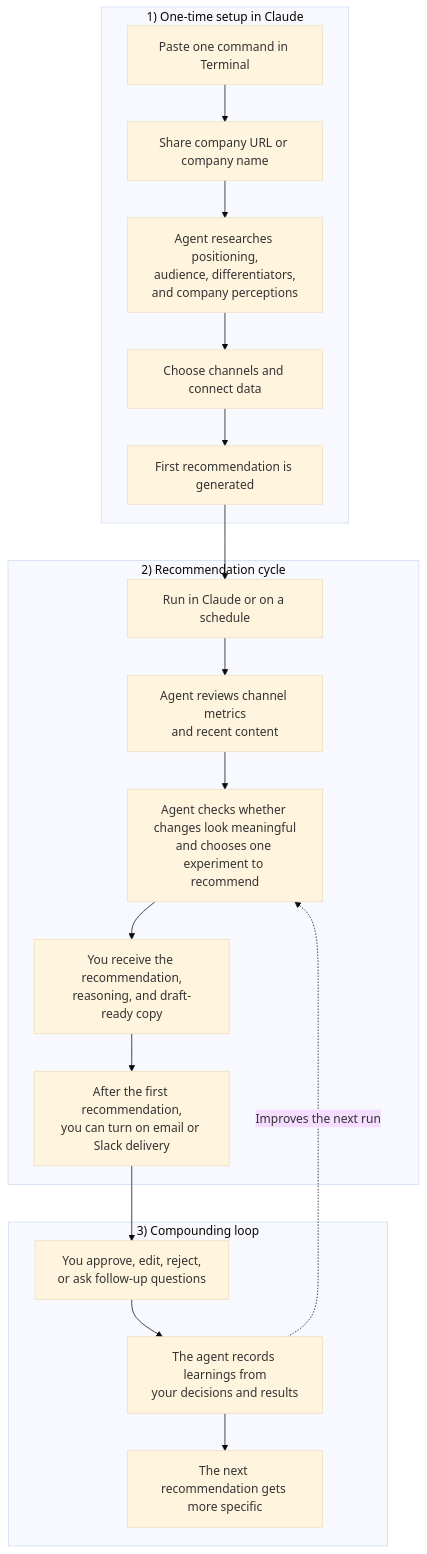
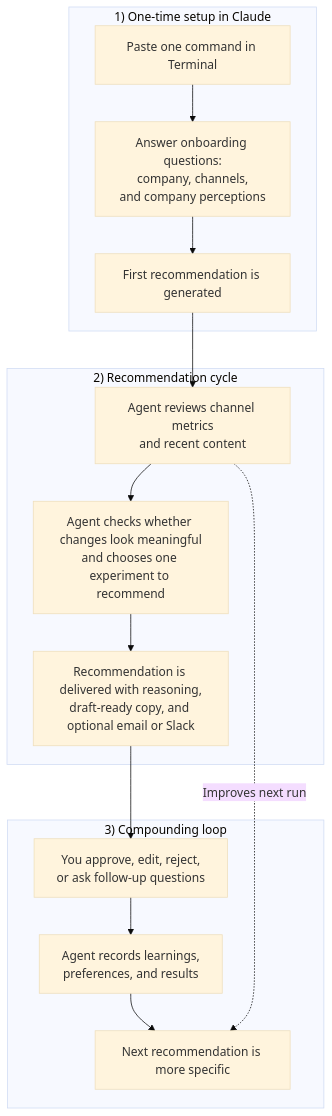
The diagram in assets/how-it-works.mmd (ryan-hennebry/compound-marketing), drawn with Mermaid (base theme) before and after one commit. The commit also changed 2 other files, not shown here.

Commit message:
Rebuild workflow diagrams with beautiful-mermaid

```diff
--- a/assets/how-it-works.mmd
+++ b/assets/how-it-works.mmd
@@ -1,29 +1,25 @@
 flowchart TB
   subgraph SETUP["1) One-time setup in Claude"]
     A["Paste one command in Terminal"]
-    B["Share company URL or company name"]
-    C["Agent researches positioning,<br/>audience, differentiators,<br/>and company perceptions"]
-    D["Choose channels and connect data"]
-    E["First recommendation is generated"]
-    A --> B --> C --> D --> E
+    B["Answer onboarding questions:<br/>company, channels,<br/>and company perceptions"]
+    C["First recommendation is generated"]
+    A --> B --> C
   end
 
   subgraph CYCLE["2) Recommendation cycle"]
-    F["Run in Claude or on a schedule"]
-    G["Agent reviews channel metrics<br/>and recent content"]
-    H["Agent checks whether changes look meaningful<br/>and chooses one experiment to recommend"]
-    I["You receive the recommendation,<br/>reasoning, and draft-ready copy"]
-    J["After the first recommendation,<br/>you can turn on email or Slack delivery"]
-    F --> G --> H --> I --> J
+    E["Agent reviews channel metrics<br/>and recent content"]
+    F["Agent checks whether changes look meaningful<br/>and chooses one experiment to recommend"]
+    G["Recommendation is delivered with reasoning,<br/>draft-ready copy, and optional email or Slack"]
+    E --> F --> G
   end
 
   subgraph COMPOUND["3) Compounding loop"]
-    K["You approve, edit, reject,<br/>or ask follow-up questions"]
-    L["The agent records learnings from<br/>your decisions and results"]
-    M["The next recommendation gets more specific"]
-    K --> L --> M
+    H["You approve, edit, reject,<br/>or ask follow-up questions"]
+    I["Agent records learnings,<br/>preferences, and results"]
+    J["Next recommendation is more specific"]
+    H --> I --> J
   end
 
-  E --> F
-  J --> K
-  L -. "Improves the next run" .-> H
+  C --> E
+  G --> H
+  E -. "Improves next run" .-> J
```
